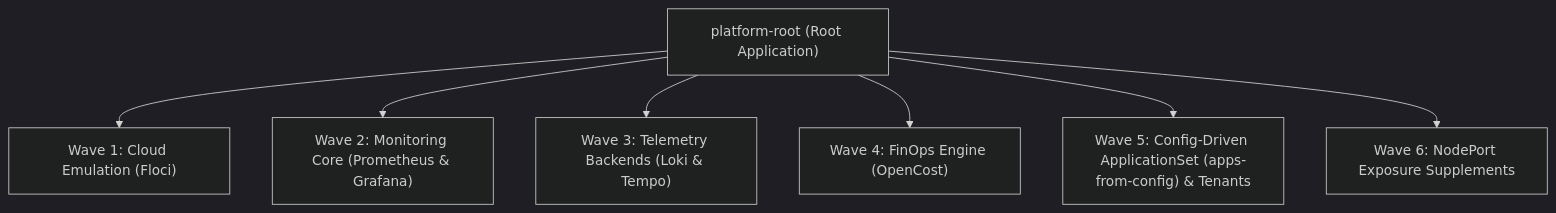
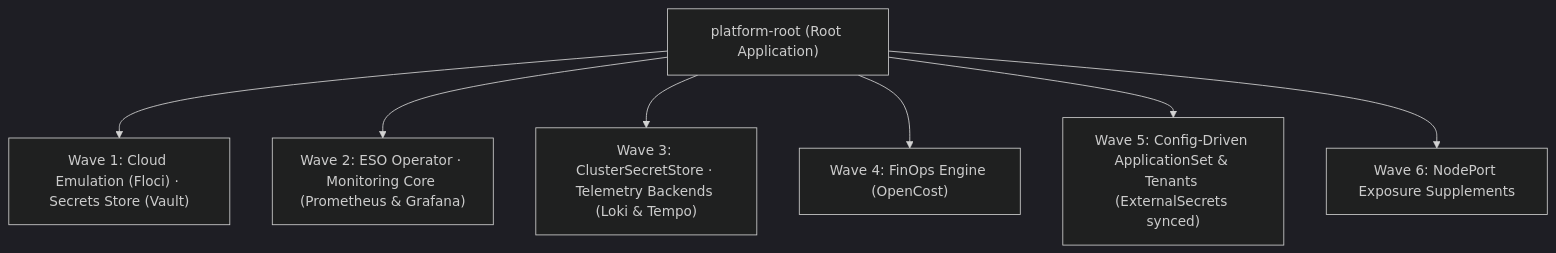
The second of 5 diagrams in docs/docs/architecture.md (barbaria888/FrugalZeus), drawn with Mermaid (dark theme) before and after one commit. The commit also changed other lines of this file and 14 other files, not shown here.

````diff
--- a/docs/docs/architecture.md
+++ b/docs/docs/architecture.md
@@ -81,11 +93,11 @@
 ```mermaid
 flowchart TD
     Root["platform-root (Root Application)"]
-    
-    Root --> Wave1["Wave 1: Cloud Emulation (Floci)"]
-    Root --> Wave2["Wave 2: Monitoring Core (Prometheus & Grafana)"]
-    Root --> Wave3["Wave 3: Telemetry Backends (Loki & Tempo)"]
+
+    Root --> Wave1["Wave 1: Cloud Emulation (Floci) · Secrets Store (Vault)"]
+    Root --> Wave2["Wave 2: ESO Operator · Monitoring Core (Prometheus & Grafana)"]
+    Root --> Wave3["Wave 3: ClusterSecretStore · Telemetry Backends (Loki & Tempo)"]
     Root --> Wave4["Wave 4: FinOps Engine (OpenCost)"]
-    Root --> Wave5["Wave 5: Config-Driven ApplicationSet (apps-from-config) & Tenants"]
+    Root --> Wave5["Wave 5: Config-Driven ApplicationSet & Tenants (ExternalSecrets synced)"]
     Root --> Wave6["Wave 6: NodePort Exposure Supplements"]
 ```
````
